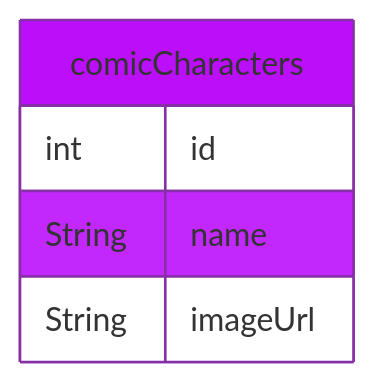
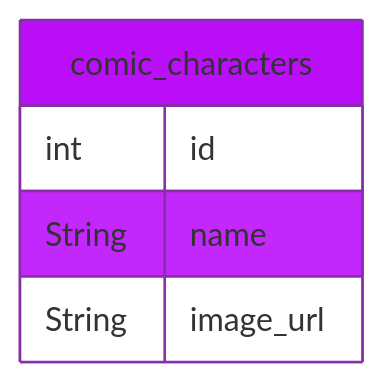
Before and after one commit to YannMancel/clean_marvel: the diagram in README.md, drawn with Mermaid. The commit also changed 53 other files, not shown here.

````diff
--- a/README.md
+++ b/README.md
@@ -66,12 +66,12 @@
 ```mermaid
 %%{init: {'theme': 'base', 'themeVariables': { 'primaryColor': '#bb0ffa', 'tertiaryColor': '#fff0f0'}}}%%
 
 erDiagram
 
 %% Entity %%
-comicCharacters {
+comic_characters {
   int id
   String name
-  String imageUrl
+  String image_url
 }
 ```
````
